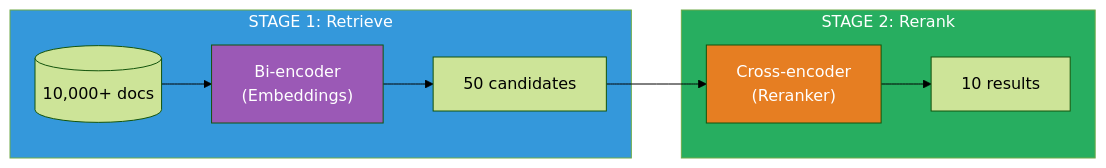
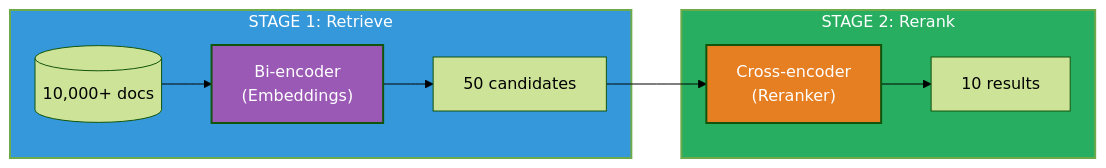
Before and after one commit to sampi02/amanmcp: the first of 6 diagrams in docs/concepts/two-stage-retrieval.md, drawn with Mermaid (forest theme). The commit also changed other lines of this file and 59 other files, not shown here.

````diff
--- a/docs/concepts/two-stage-retrieval.md
+++ b/docs/concepts/two-stage-retrieval.md
@@ -22,22 +22,26 @@
 ```mermaid
 flowchart LR
     subgraph Stage1["STAGE 1: Retrieve"]
         Docs[(10,000+ docs)]
         BiEncoder["Bi-encoder<br/>(Embeddings)"]
         Candidates["50 candidates"]
 
         Docs --> BiEncoder --> Candidates
     end
 
     subgraph Stage2["STAGE 2: Rerank"]
         CrossEncoder["Cross-encoder<br/>(Reranker)"]
         Final["10 results"]
 
         Candidates --> CrossEncoder --> Final
     end
 
-    style Stage1 fill:#3498db,color:#fff
-    style Stage2 fill:#27ae60,color:#fff
-    style BiEncoder fill:#9b59b6,color:#fff
-    style CrossEncoder fill:#e67e22,color:#fff
+    style Stage1 fill:#3498db,stroke-width:2px
+    style Stage2 fill:#27ae60,stroke-width:2px
+    style BiEncoder fill:#9b59b6,stroke-width:2px
+    style CrossEncoder fill:#e67e22,stroke-width:2px
+    style Stage1 color:#ffffff
+    style Stage2 color:#ffffff
+    style BiEncoder color:#ffffff
+    style CrossEncoder color:#ffffff
 ```
````
